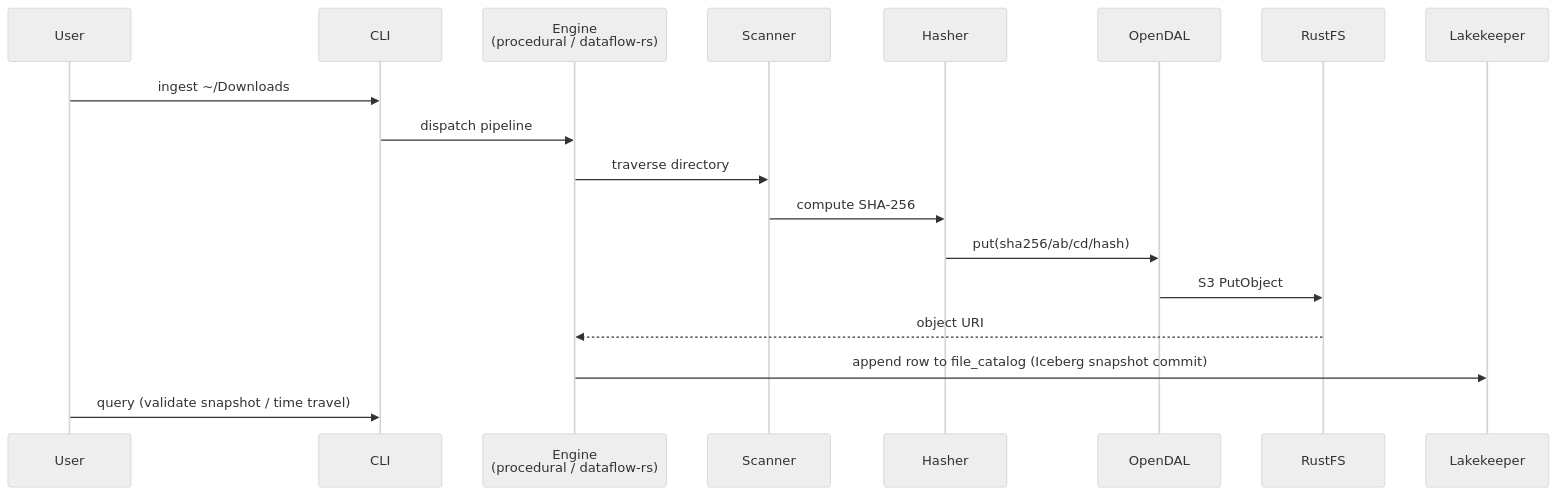
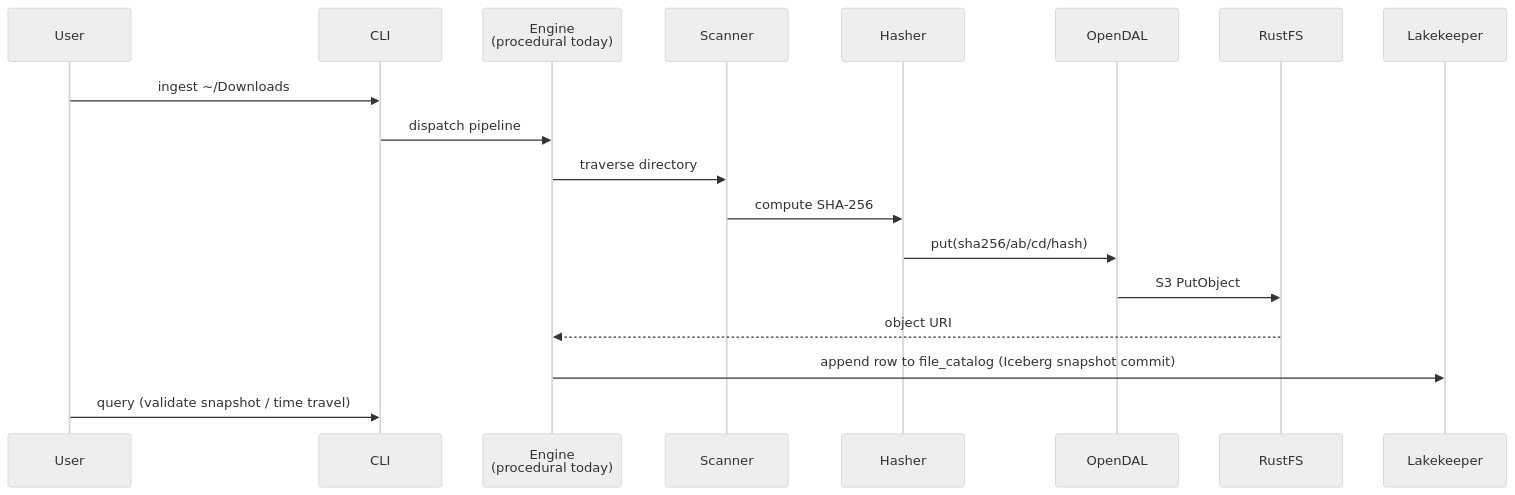
The second of 2 diagrams in docs/design/architecture.md (sm4rtm4art/anti_entropator), drawn with Mermaid (neutral theme) before and after one commit. The commit also changed other lines of this file and 6 other files, not shown here.

````diff
--- a/docs/design/architecture.md
+++ b/docs/design/architecture.md
@@ -107,21 +109,21 @@
 ```mermaid
 sequenceDiagram
     participant User
     participant CLI
-    participant Engine as Engine<br/>(procedural / dataflow-rs)
+    participant Engine as Engine<br/>(procedural today)
     participant Scanner
     participant Hasher
     participant OpenDAL
     participant RustFS
     participant Lakekeeper
 
     User->>CLI: ingest ~/Downloads
     CLI->>Engine: dispatch pipeline
     Engine->>Scanner: traverse directory
     Scanner->>Hasher: compute SHA-256
     Hasher->>OpenDAL: put(sha256/ab/cd/hash)
     OpenDAL->>RustFS: S3 PutObject
     RustFS-->>Engine: object URI
     Engine->>Lakekeeper: append row to file_catalog (Iceberg snapshot commit)
     User->>CLI: query (validate snapshot / time travel)
 ```
````
